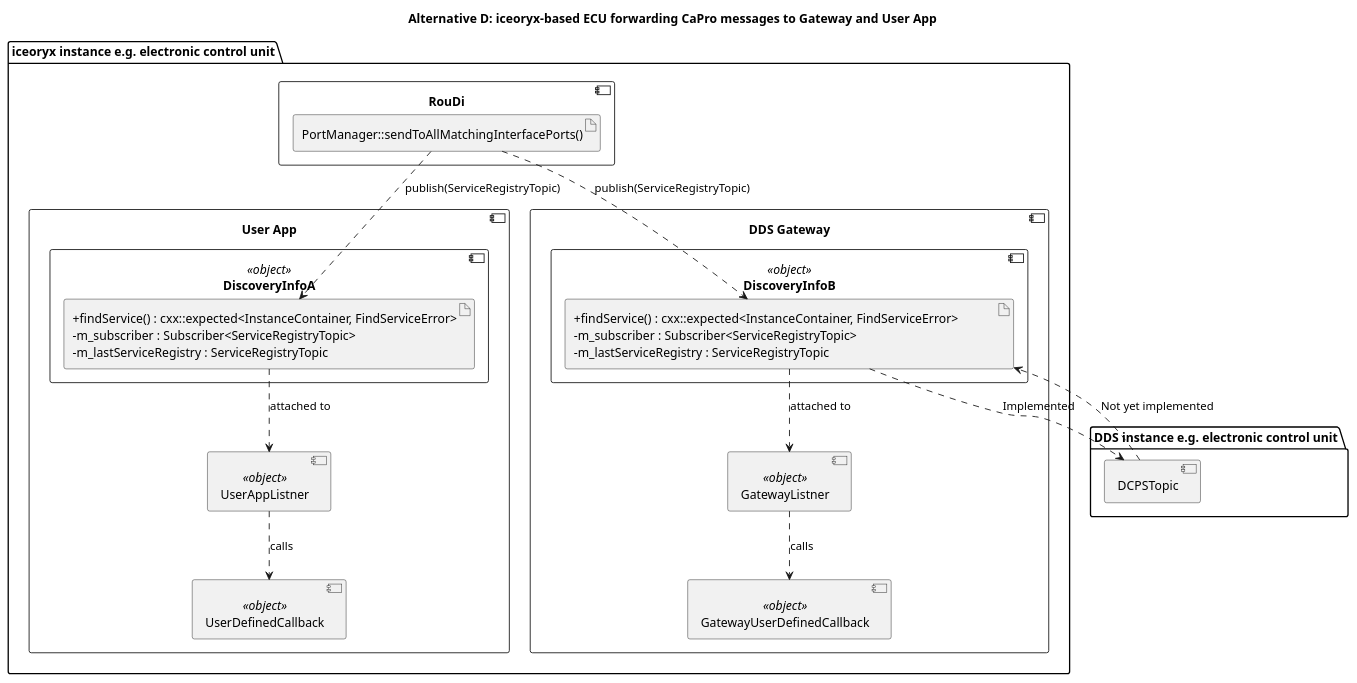
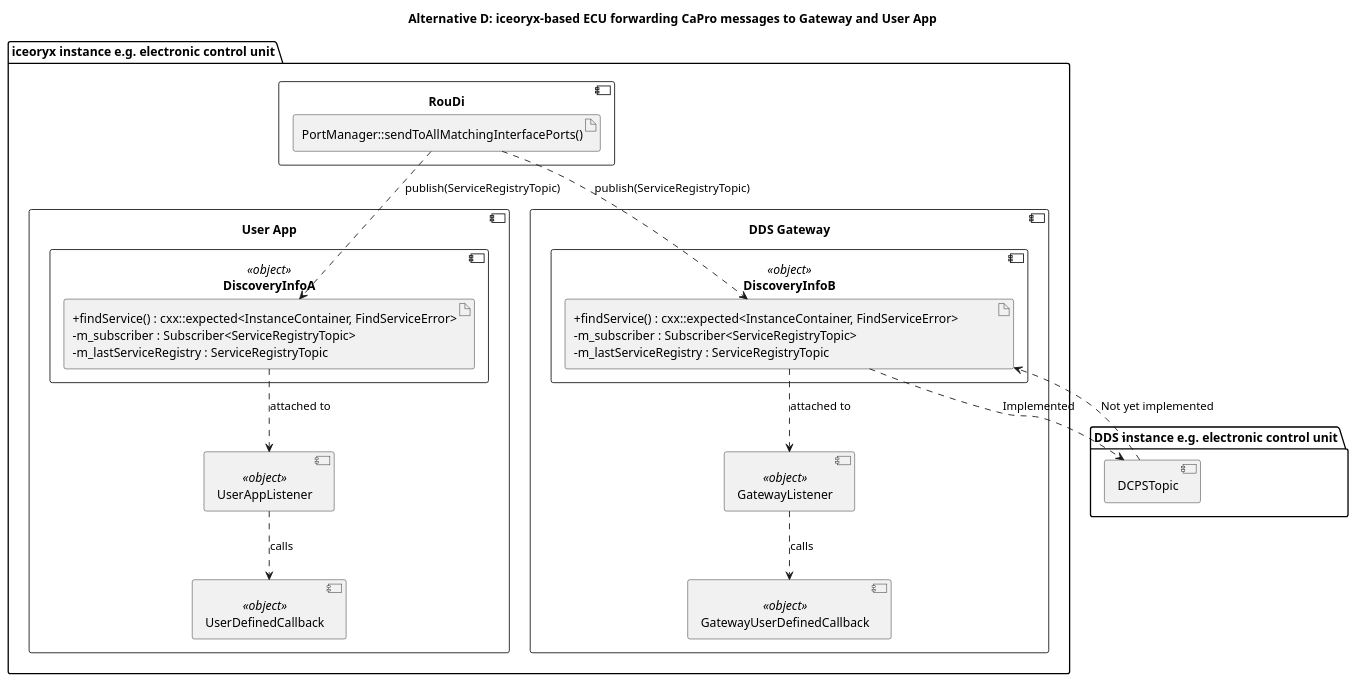
The diagram in doc/design/diagrams/service-discovery/service-discovery-overview-alternative-d.puml (eclipse-iceoryx/iceoryx), drawn with PlantUML before and after one commit. The commit also changed 3 other files, not shown here.

```diff
--- a/doc/design/diagrams/service-discovery/service-discovery-overview-alternative-d.puml
+++ b/doc/design/diagrams/service-discovery/service-discovery-overview-alternative-d.puml
@@ -1,50 +1,50 @@
 @startuml
 title Alternative D: iceoryx-based ECU forwarding CaPro messages to Gateway and User App
 
 package "iceoryx instance e.g. electronic control unit" {
     component RouDi {
         artifact discoveryLoop [
         PortManager::sendToAllMatchingInterfacePorts()
         ]
     }
     component "User App" {
         component DiscoveryInfoA <<object>> {
             artifact DiscoveryInfoNoteA [
             +findService() : cxx::expected<InstanceContainer, FindServiceError>
             -m_subscriber : Subscriber<ServiceRegistryTopic>
             -m_lastServiceRegistry : ServiceRegistryTopic
             ]
 
         }
 
-        component UserAppListner <<object>>
+        component UserAppListener <<object>>
 
         component UserDefinedCallback <<object>>
     }
     component "DDS Gateway" {
         component DiscoveryInfoB <<object>> {
             artifact DiscoveryInfoNoteB [
             +findService() : cxx::expected<InstanceContainer, FindServiceError>            
             -m_subscriber : Subscriber<ServiceRegistryTopic>
             -m_lastServiceRegistry : ServiceRegistryTopic
             ]
         }
-        component GatewayListner <<object>>
+        component GatewayListener <<object>>
 
         component GatewayUserDefinedCallback <<object>>
     }
 }
 
 package "DDS instance e.g. electronic control unit" {
     component DCPSTopic
 }
 
 [DiscoveryInfoNoteB] ..> [DCPSTopic] : Implemented
 [discoveryLoop] ..> [DiscoveryInfoNoteA] : publish(ServiceRegistryTopic)
 [discoveryLoop] ..> [DiscoveryInfoNoteB] : publish(ServiceRegistryTopic)
 [DCPSTopic] ..> [DiscoveryInfoNoteB]  : Not yet implemented
-[GatewayListner] ..> [GatewayUserDefinedCallback]  : calls
-[UserAppListner] ..> [UserDefinedCallback]  : calls
-[DiscoveryInfoNoteA] ..> [UserAppListner]  : attached to
-[DiscoveryInfoNoteB] ..> [GatewayListner]  : attached to
+[GatewayListener] ..> [GatewayUserDefinedCallback]  : calls
+[UserAppListener] ..> [UserDefinedCallback]  : calls
+[DiscoveryInfoNoteA] ..> [UserAppListener]  : attached to
+[DiscoveryInfoNoteB] ..> [GatewayListener]  : attached to
 @enduml
```
